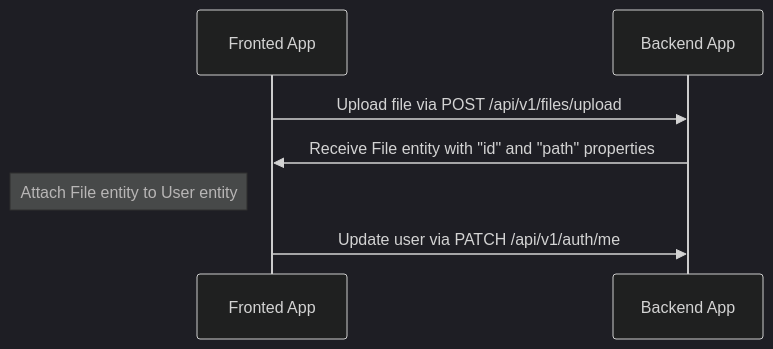
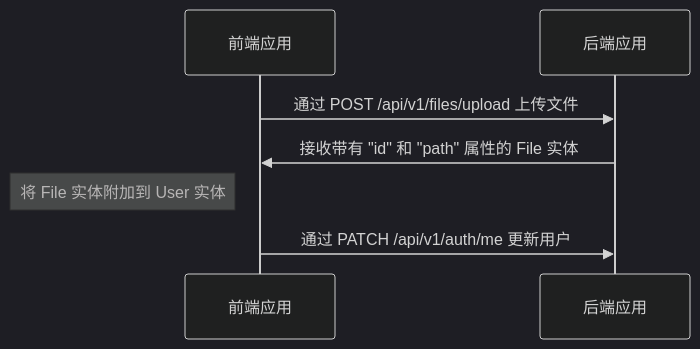
The first of 3 diagrams in docs/file-uploading.md (hankaibo/myhospital-nest), drawn with Mermaid (dark theme) before and after one commit. The commit also changed other lines of this file and 31 other files, not shown here.

````diff
--- a/docs/file-uploading.md
+++ b/docs/file-uploading.md
@@ -35,10 +35,10 @@
 ```mermaid
 sequenceDiagram
-    participant A as Fronted App
-    participant B as Backend App
+    participant A as 前端应用
+    participant B as 后端应用
 
-    A->>B: Upload file via POST /api/v1/files/upload
-    B->>A: Receive File entity with "id" and "path" properties
-    note left of A: Attach File entity to User entity
-    A->>B: Update user via PATCH /api/v1/auth/me
+    A->>B: 通过 POST /api/v1/files/upload 上传文件
+    B->>A: 接收带有 "id" 和 "path" 属性的 File 实体
+    note left of A: 将 File 实体附加到 User 实体
+    A->>B: 通过 PATCH /api/v1/auth/me 更新用户
 ```
````
